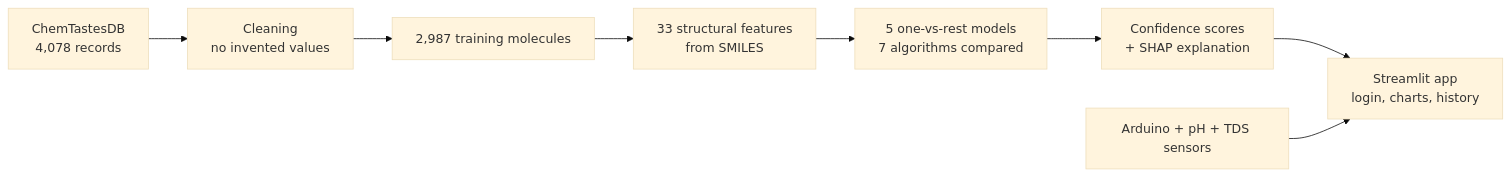
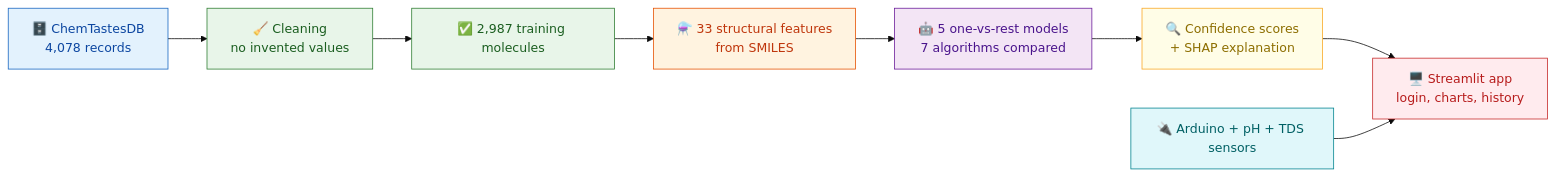
Before and after one commit to thrisha2203/COMPUTATIONAL-TASTE-PREDICTION-: the third of 9 diagrams in README.md, drawn with Mermaid (base theme). The commit also changed other lines of this file, not shown here.

````diff
--- a/README.md
+++ b/README.md
@@ -39,10 +80,17 @@
 ```mermaid
 flowchart LR
-    A[ChemTastesDB<br/>4,078 records] --> B[Cleaning<br/>no invented values]
-    B --> C[2,987 training molecules]
-    C --> D[33 structural features<br/>from SMILES]
-    D --> E[5 one-vs-rest models<br/>7 algorithms compared]
-    E --> F[Confidence scores<br/>+ SHAP explanation]
-    F --> G[Streamlit app<br/>login, charts, history]
-    H[Arduino + pH + TDS sensors] --> G
+    A["🗄️ ChemTastesDB<br/>4,078 records"]:::data --> B["🧹 Cleaning<br/>no invented values"]:::clean
+    B --> C["✅ 2,987 training molecules"]:::clean
+    C --> D["⚗️ 33 structural features<br/>from SMILES"]:::feat
+    D --> E["🤖 5 one-vs-rest models<br/>7 algorithms compared"]:::model
+    E --> F["🔍 Confidence scores<br/>+ SHAP explanation"]:::explain
+    F --> G["🖥️ Streamlit app<br/>login, charts, history"]:::app
+    H["🔌 Arduino + pH + TDS sensors"]:::hw --> G
+    classDef data fill:#E3F2FD,stroke:#1565C0,color:#0D47A1
+    classDef clean fill:#E8F5E9,stroke:#2E7D32,color:#1B5E20
+    classDef feat fill:#FFF3E0,stroke:#E65100,color:#BF360C
+    classDef model fill:#F3E5F5,stroke:#6A1B9A,color:#4A148C
+    classDef explain fill:#FFFDE7,stroke:#F9A825,color:#8D6E00
+    classDef app fill:#FFEBEE,stroke:#C62828,color:#B71C1C
+    classDef hw fill:#E0F7FA,stroke:#00838F,color:#006064
 ```
````
